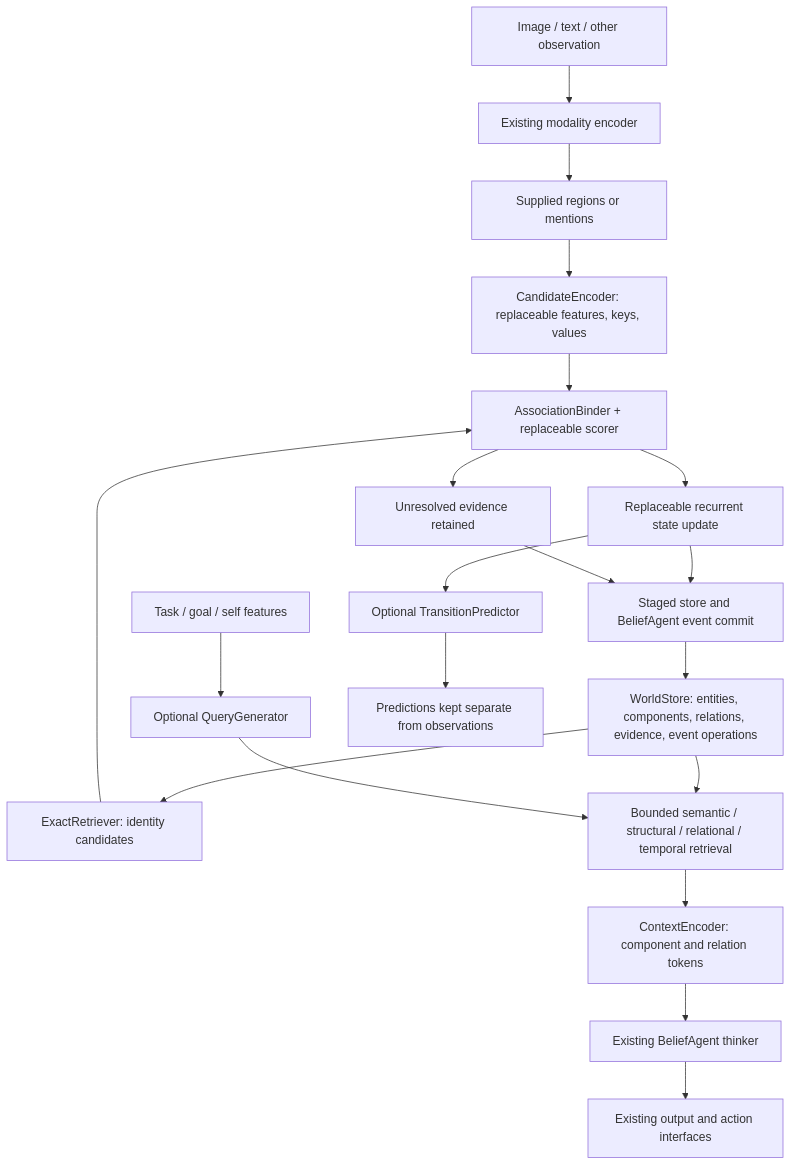
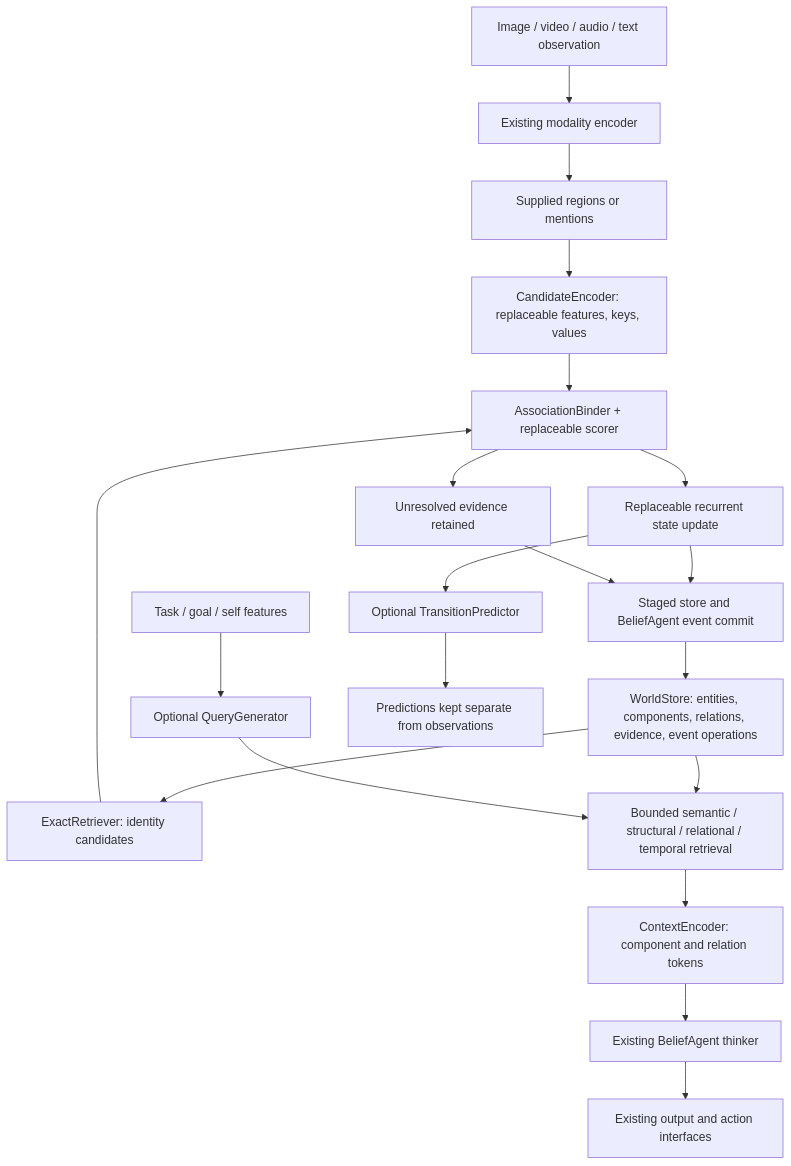
Before and after one commit to intrinsicD/path-wm: the diagram in docs/world-state.md, drawn with Mermaid. The commit also changed other lines of this file and 8 other files, not shown here.

Commit message:
Document non-image modality results, failed video repair and scoped validation

````diff
--- a/docs/world-state.md
+++ b/docs/world-state.md
@@ -9,22 +9,22 @@
 ```mermaid
 flowchart TD
-  Input[Image / text / other observation] --> Encoder[Existing modality encoder]
+  Input[Image / video / audio / text observation] --> Encoder[Existing modality encoder]
   Encoder --> Proposals[Supplied regions or mentions]
   Proposals --> Features[CandidateEncoder: replaceable features, keys, values]
   Store[WorldStore: entities, components, relations, evidence, event operations] --> RetrieveBind[ExactRetriever: identity candidates]
   Features --> Binder[AssociationBinder + replaceable scorer]
   RetrieveBind --> Binder
   Binder --> Update[Replaceable recurrent state update]
   Binder --> Pending[Unresolved evidence retained]
   Update --> Commit[Staged store and BeliefAgent event commit]
   Pending --> Commit
   Commit --> Store
   Store --> RetrieveTask[Bounded semantic / structural / relational / temporal retrieval]
   Goals[Task / goal / self features] --> Query[Optional QueryGenerator]
   Query --> RetrieveTask
   RetrieveTask --> Context[ContextEncoder: component and relation tokens]
   Context --> Think[Existing BeliefAgent thinker]
   Think --> Output[Existing output and action interfaces]
   Update --> Forecast[Optional TransitionPredictor]
   Forecast --> Claims[Predictions kept separate from observations]
 ```
````
